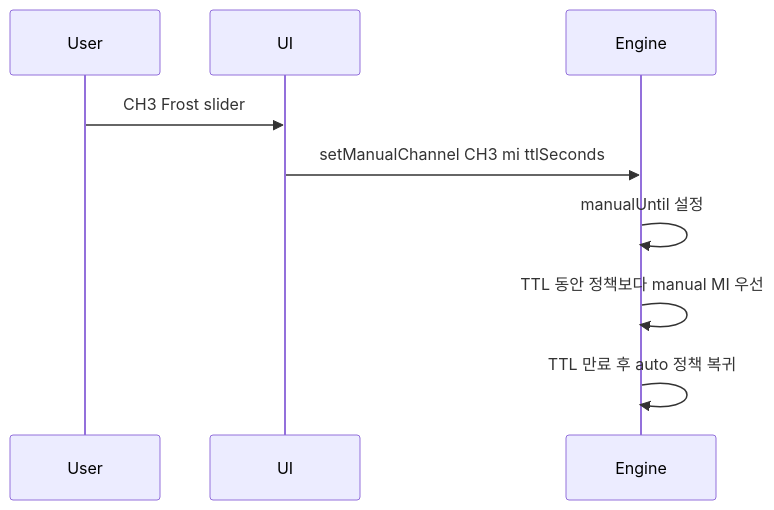
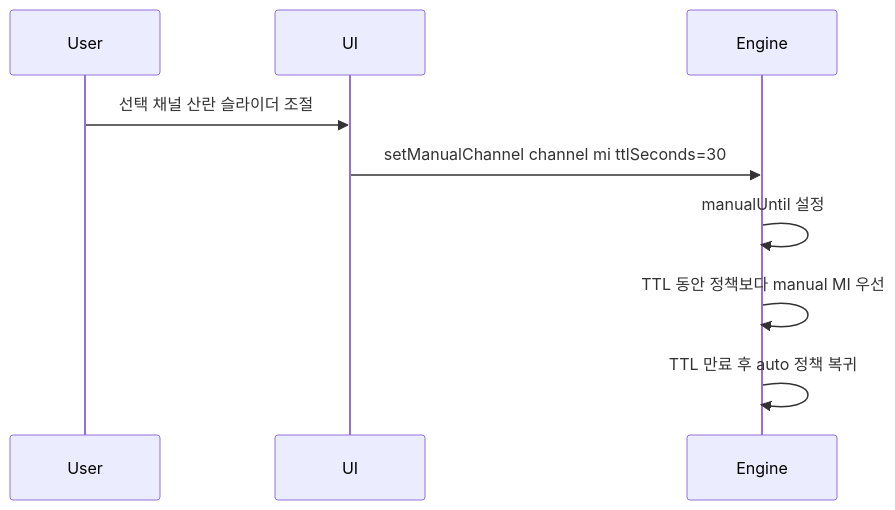
Before and after one commit to ifinalp0/2026ESWcontest_free_KUGLASS: the fourth of 5 diagrams in Simul_Twin/Simul_Twin_V1_0_Explain.md, drawn with Mermaid. The commit also changed other lines of this file and 22 other files, not shown here.

````diff
--- a/Simul_Twin/Simul_Twin_V1_0_Explain.md
+++ b/Simul_Twin/Simul_Twin_V1_0_Explain.md
@@ -362,12 +443,12 @@
 ```mermaid
 sequenceDiagram
     participant User
     participant UI
     participant Engine
 
-    User->>UI: CH3 Frost slider
-    UI->>Engine: setManualChannel CH3 mi ttlSeconds
+    User->>UI: 선택 채널 산란 슬라이더 조절
+    UI->>Engine: setManualChannel channel mi ttlSeconds=30
     Engine->>Engine: manualUntil 설정
     Engine->>Engine: TTL 동안 정책보다 manual MI 우선
     Engine->>Engine: TTL 만료 후 auto 정책 복귀
 ```
````
